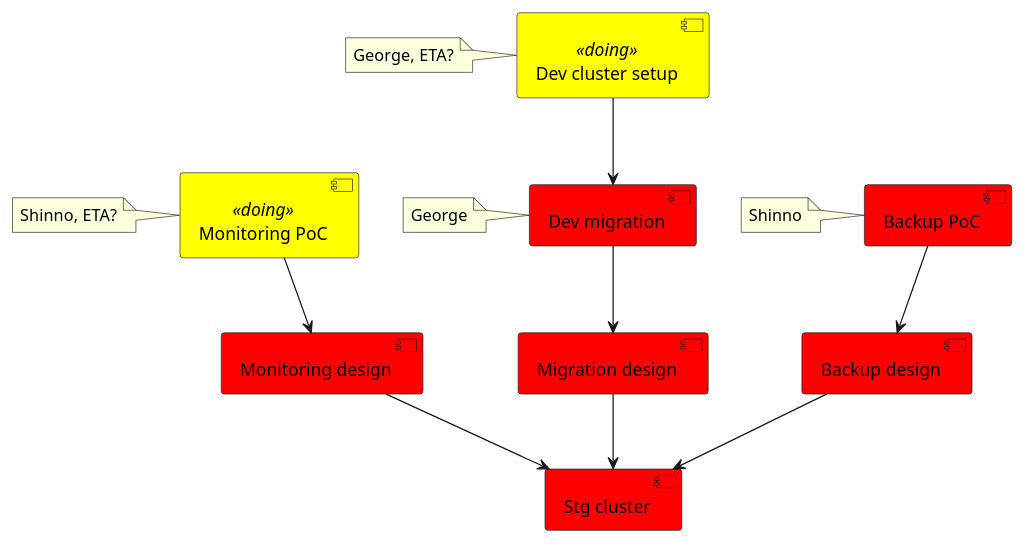
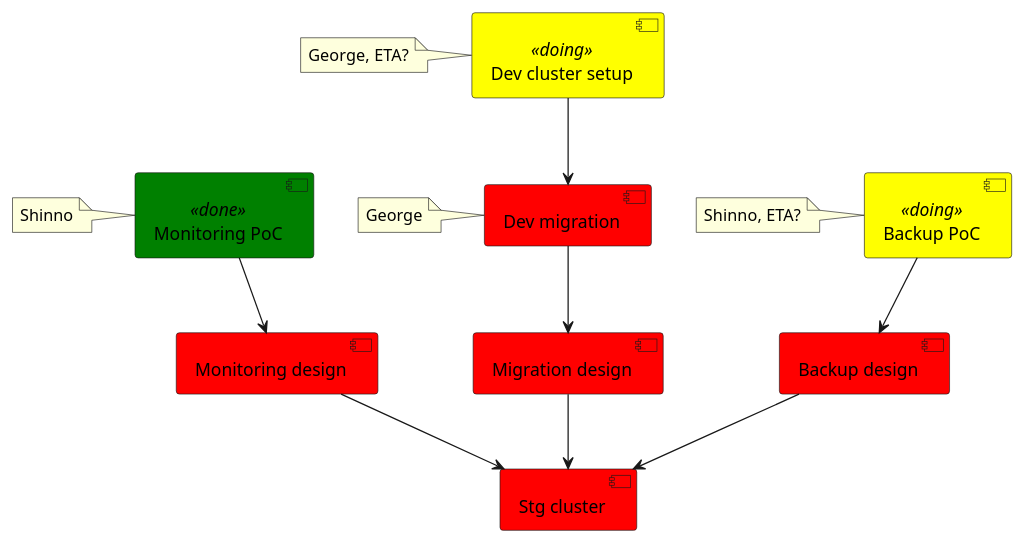
The second of 2 diagrams in pm/plan.plantuml (george24601/notes), drawn with PlantUML before and after one commit. The commit also changed 14 other files, not shown here.

```diff
--- a/pm/plan.plantuml
+++ b/pm/plan.plantuml
@@ -21,23 +21,23 @@
 @startuml
 skinparam component {
 	backgroundColor<<done>> Green
 	backgroundColor<<doing>> Yellow
 	backgroundColor Red
 }
-[Monitoring PoC]<<doing>> 
-note left: Shinno, ETA?
+[Monitoring PoC]<<done>> 
+note left: Shinno
 [Dev cluster setup]<<doing>>
 note left: George, ETA?
 [Dev migration]
 note left: George
-[Backup PoC] 
-note left: Shinno
+[Backup PoC] <<doing>>
+note left: Shinno, ETA?
 
 [Monitoring PoC] --> [Monitoring design] 
 [Dev cluster setup] --> [Dev migration]
 [Dev migration] --> [Migration design]
 [Backup PoC] --> [Backup design] 
 [Backup design] --> [Stg cluster]
 [Monitoring design] --> [Stg cluster]
 [Migration design] --> [Stg cluster]
 @enduml
```
